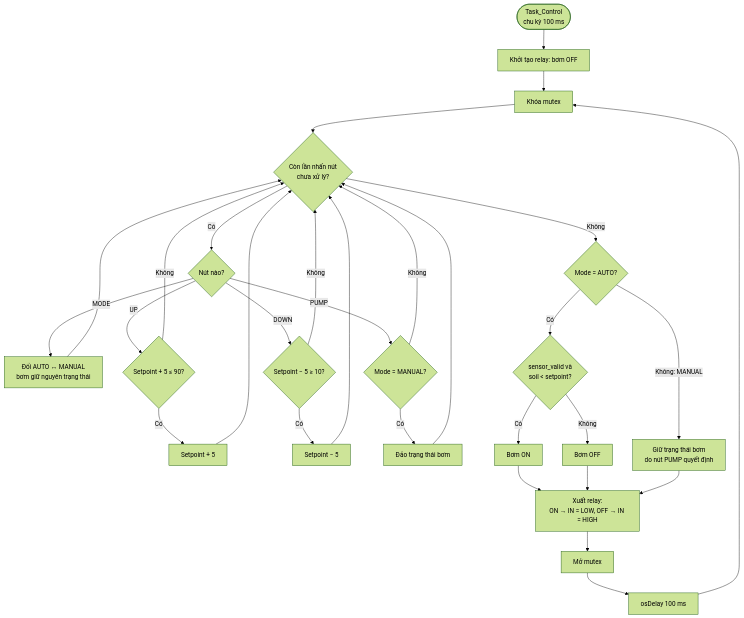
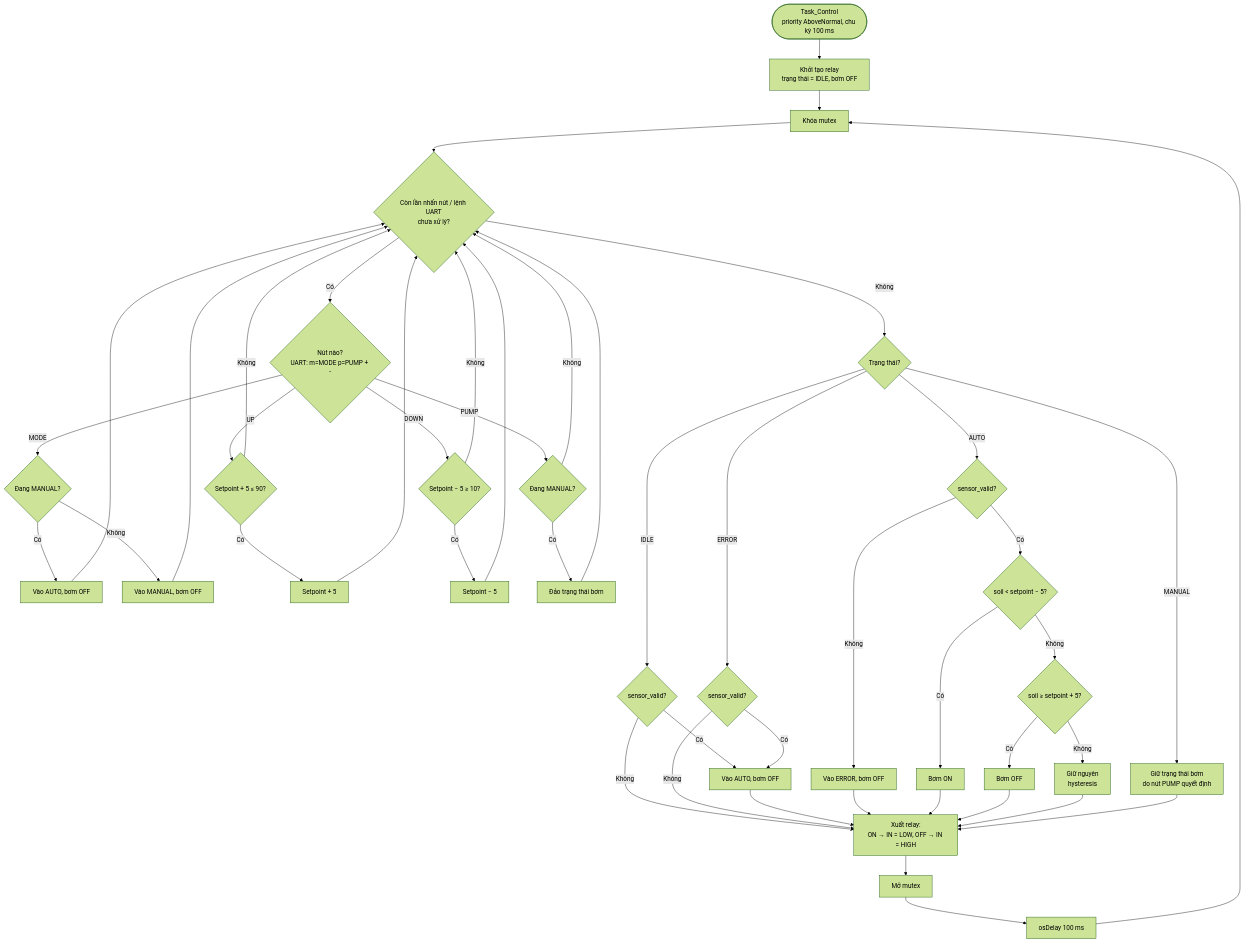
The diagram in docs/flowcharts/3_control.mmd (dungcathanglthtn261/dungcathanglthtn261), drawn with Mermaid (forest theme) before and after one commit. The commit also changed 9 other files, not shown here.

First line of the commit message:
GD3: Task_Control state machine, hysteresis, UART commands, task priorities

```diff
--- a/docs/flowcharts/3_control.mmd
+++ b/docs/flowcharts/3_control.mmd
@@ -1,26 +1,41 @@
 flowchart TD
-  A([Task_Control<br/>chu kỳ 100 ms]) --> A1[Khởi tạo relay: bơm OFF]
+  A([Task_Control<br/>priority AboveNormal, chu kỳ 100 ms]) --> A1[Khởi tạo relay<br/>trạng thái = IDLE, bơm OFF]
   A1 --> B[Khóa mutex]
-  B --> P{Còn lần nhấn nút<br/>chưa xử lý?}
-  P -- Có --> Q{Nút nào?}
-  Q -- MODE --> Q1[Đổi AUTO ↔ MANUAL<br/>bơm giữ nguyên trạng thái] --> P
+  B --> P{Còn lần nhấn nút / lệnh UART<br/>chưa xử lý?}
+  P -- Có --> Q{Nút nào?<br/>UART: m=MODE p=PUMP + - }
+  Q -- MODE --> Q1{Đang MANUAL?}
+  Q1 -- Có --> Q1a[Vào AUTO, bơm OFF] --> P
+  Q1 -- Không --> Q1b[Vào MANUAL, bơm OFF] --> P
   Q -- UP --> Q2{Setpoint + 5 ≤ 90?}
   Q2 -- Có --> Q3[Setpoint + 5] --> P
   Q2 -- Không --> P
   Q -- DOWN --> Q4{Setpoint − 5 ≥ 10?}
   Q4 -- Có --> Q5[Setpoint − 5] --> P
   Q4 -- Không --> P
-  Q -- PUMP --> Q6{Mode = MANUAL?}
+  Q -- PUMP --> Q6{Đang MANUAL?}
   Q6 -- Có --> Q7[Đảo trạng thái bơm] --> P
   Q6 -- Không --> P
-  P -- Không --> C{Mode = AUTO?}
-  C -- Không: MANUAL --> G[Giữ trạng thái bơm<br/>do nút PUMP quyết định]
-  C -- Có --> D{sensor_valid và<br/>soil &lt; setpoint?}
-  D -- Có --> E[Bơm ON]
-  D -- Không --> F[Bơm OFF]
-  E --> R[Xuất relay:<br/>ON → IN = LOW, OFF → IN = HIGH]
+  P -- Không --> S{Trạng thái?}
+  S -- IDLE --> I1{sensor_valid?}
+  I1 -- Có --> I2[Vào AUTO, bơm OFF]
+  I1 -- Không --> R
+  S -- ERROR --> E1{sensor_valid?}
+  E1 -- Có --> I2
+  E1 -- Không --> R
+  S -- MANUAL --> G[Giữ trạng thái bơm<br/>do nút PUMP quyết định]
+  S -- AUTO --> D0{sensor_valid?}
+  D0 -- Không --> E2[Vào ERROR, bơm OFF]
+  D0 -- Có --> D1{soil &lt; setpoint − 5?}
+  D1 -- Có --> E[Bơm ON]
+  D1 -- Không --> D2{soil ≥ setpoint + 5?}
+  D2 -- Có --> F[Bơm OFF]
+  D2 -- Không --> K[Giữ nguyên<br/>hysteresis]
+  I2 --> R
+  E2 --> R
+  E --> R
   F --> R
+  K --> R
   G --> R
-  R --> H[Mở mutex]
-  H --> I[osDelay 100 ms]
-  I --> B
+  R[Xuất relay:<br/>ON → IN = LOW, OFF → IN = HIGH] --> H[Mở mutex]
+  H --> W[osDelay 100 ms]
+  W --> B
```
